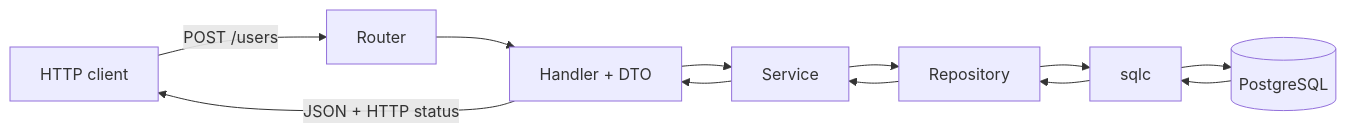
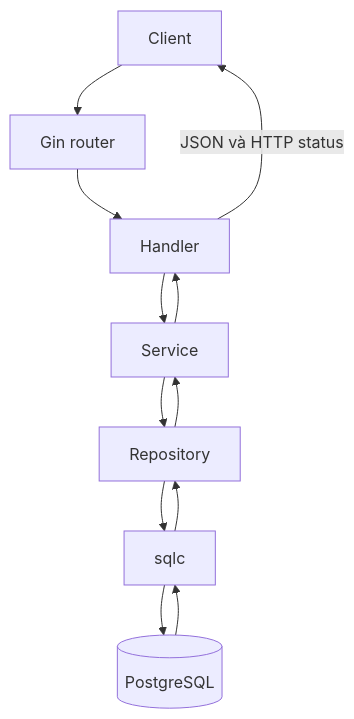
The diagram in docs/request-flow.md (daoquocdai/chat-api), drawn with Mermaid before and after one commit. The commit also changed other lines of this file and 1 other file, not shown here.

````diff
--- a/docs/request-flow.md
+++ b/docs/request-flow.md
@@ -5,11 +14,15 @@
 ```mermaid
-flowchart LR
-    C[HTTP client] -->|POST /users| R[Router]
-    R --> H[Handler + DTO]
+flowchart TD
+    C[Client] --> R[Gin router]
+    R --> H[Handler]
     H --> S[Service]
     S --> P[Repository]
     P --> Q[sqlc]
     Q --> DB[(PostgreSQL)]
-    DB --> Q --> P --> S --> H
-    H -->|JSON + HTTP status| C
+
+    DB --> Q
+    Q --> P
+    P --> S
+    S --> H
+    H -->|JSON và HTTP status| C
 ```
````
